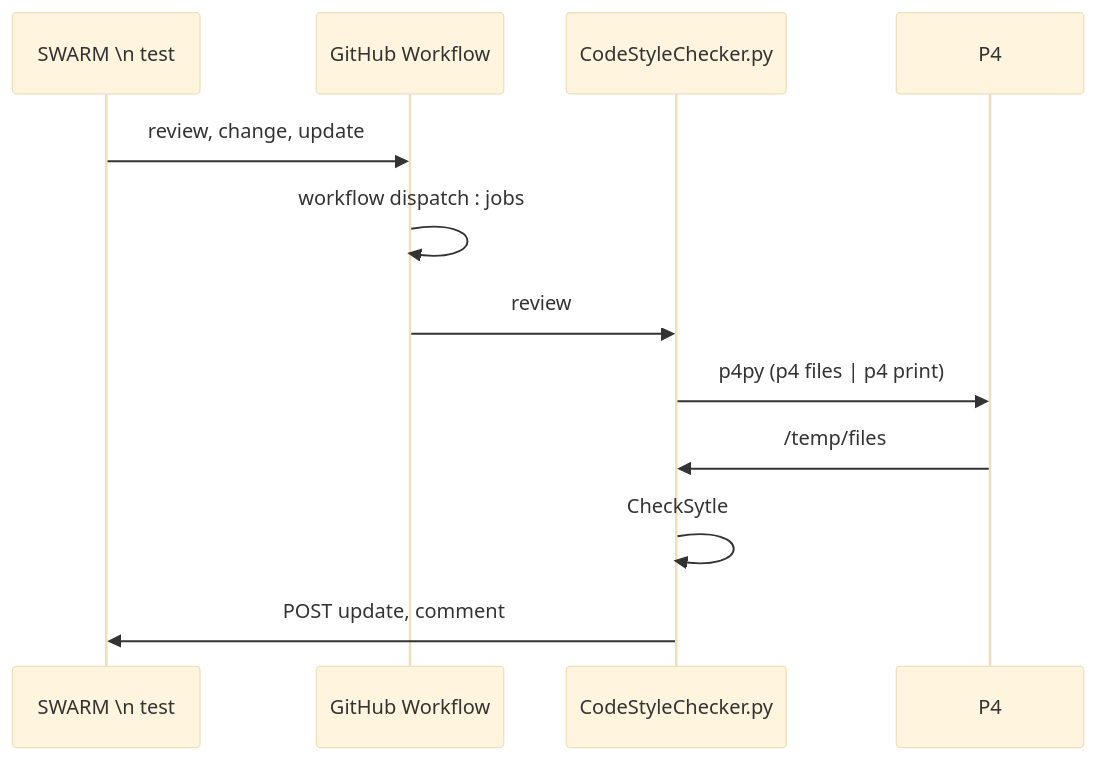
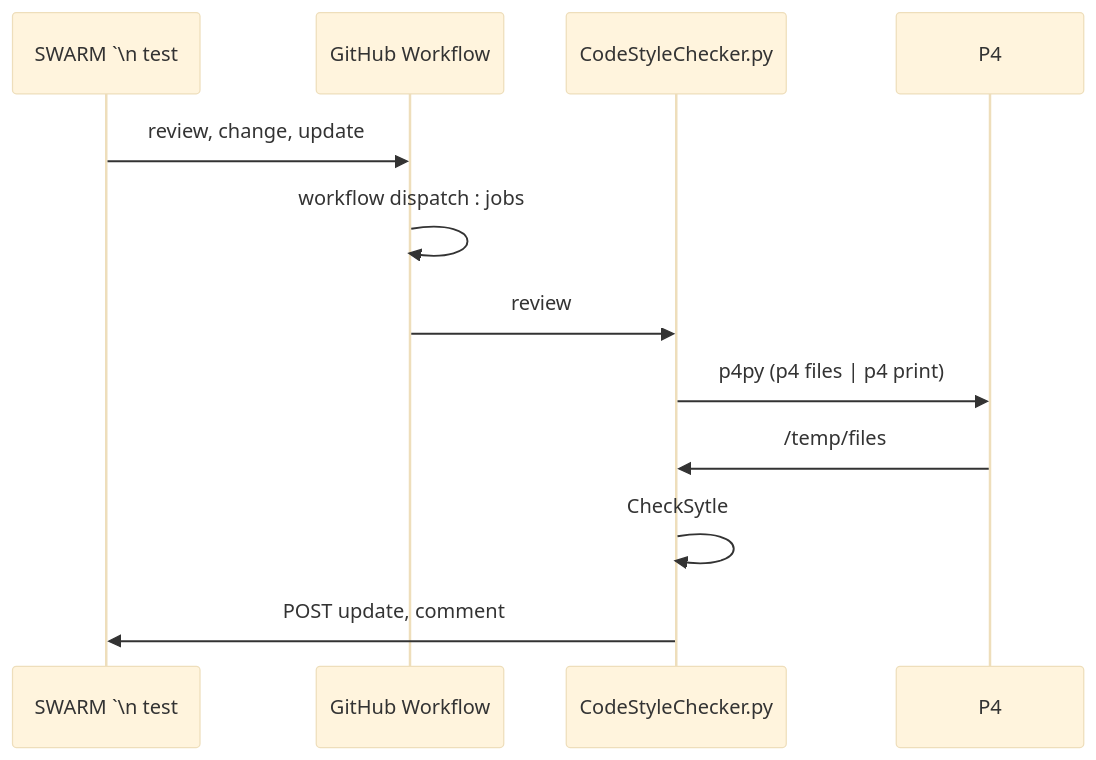
One commit to smjune/smjune.github.io changed the fifth of 5 diagrams in readme.md. Above: the diagram before and after it, drawn with Mermaid (base theme).

````diff
--- a/readme.md
+++ b/readme.md
@@ -66,14 +66,14 @@
 ```mermaid
 sequenceDiagram
-    participant S as SWARM \n test
+    participant S as SWARM `\n test
     participant GitHub Workflow
     participant CodeStyleChecker.py
     participant P4
     S->>GitHub Workflow: review, change, update
     GitHub Workflow->>GitHub Workflow:workflow dispatch : jobs
     GitHub Workflow->>CodeStyleChecker.py: review
     CodeStyleChecker.py->>P4: p4py (p4 files | p4 print)
     P4->>CodeStyleChecker.py: /temp/files
     CodeStyleChecker.py->>CodeStyleChecker.py: CheckSytle
     CodeStyleChecker.py->>S: POST update, comment
 ```
````
